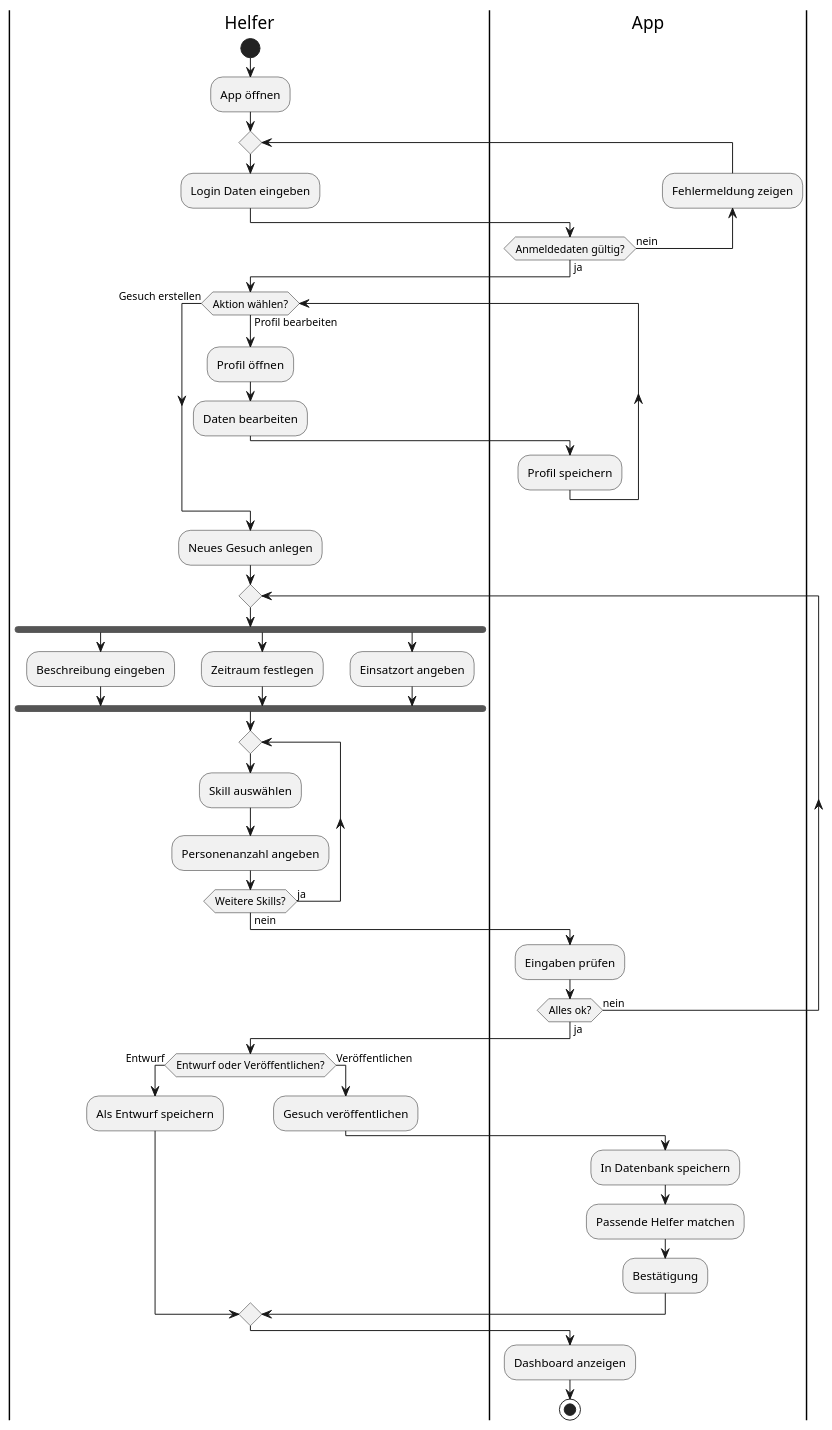
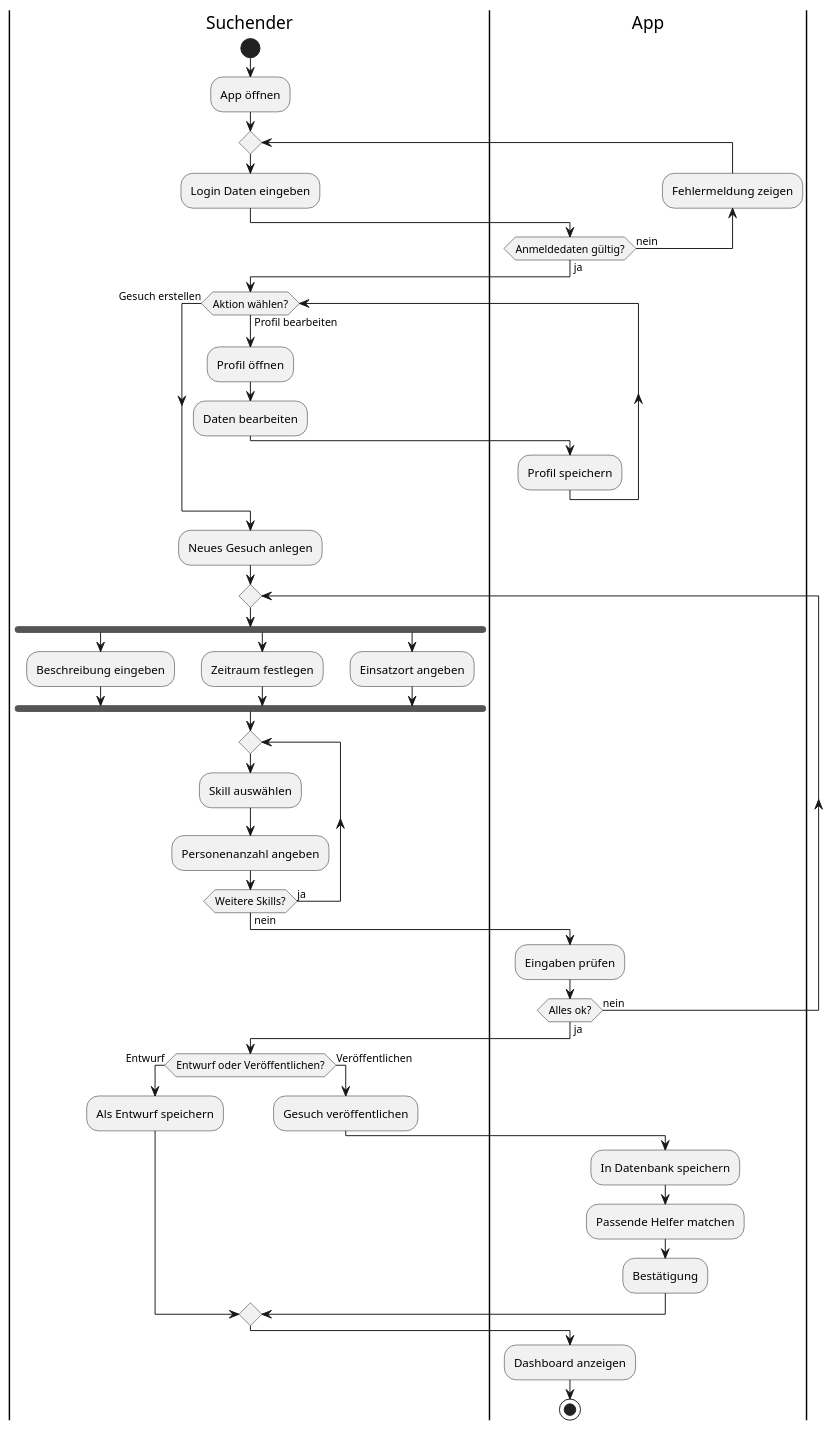
Before and after one commit to pxrzivaldev/TeamProjektUML: the diagram in Aktivitätsdiagramm_Mit_Aktivitätsbereichen.puml, drawn with PlantUML. The commit also changed 1 other file, not shown here.

Commit message:
Suchender

```diff
--- a/Aktivitätsdiagramm_Mit_Aktivitätsbereichen.puml
+++ b/Aktivitätsdiagramm_Mit_Aktivitätsbereichen.puml
@@ -1,59 +1,59 @@
 @startuml Aktivitätsdiagramm
 
-|Helfer|
+|Suchender|
 start
 :App öffnen;
 
 repeat
   :Login Daten eingeben;
 |App|
   backward :Fehlermeldung zeigen;
 repeat while (Anmeldedaten gültig?) is (nein) not (ja)
 
-|Helfer|
+|Suchender|
 while (Aktion wählen?) is (Profil bearbeiten)
   :Profil öffnen;
   :Daten bearbeiten;
 |App|
   :Profil speichern;
-|Helfer|
+|Suchender|
 endwhile (Gesuch erstellen)
 
 :Neues Gesuch anlegen;
 
 repeat
 
   fork
     :Beschreibung eingeben;
   fork again
     :Zeitraum festlegen;
   fork again
     :Einsatzort angeben;
   end fork
 
   repeat
     :Skill auswählen;
     :Personenanzahl angeben;
   repeat while (Weitere Skills?) is (ja) not (nein)
 
 |App|
   :Eingaben prüfen;
 repeat while (Alles ok?) is (nein) not (ja)
 
-|Helfer|
+|Suchender|
 if (Entwurf oder Veröffentlichen?) then (Entwurf)
   :Als Entwurf speichern;
-|Helfer|
+|Suchender|
 else (Veröffentlichen)
   :Gesuch veröffentlichen;
 |App|
   :In Datenbank speichern;
   :Passende Helfer matchen;
   :Bestätigung;
 endif
 
 :Dashboard anzeigen;
 
 stop
 
 @enduml
```
